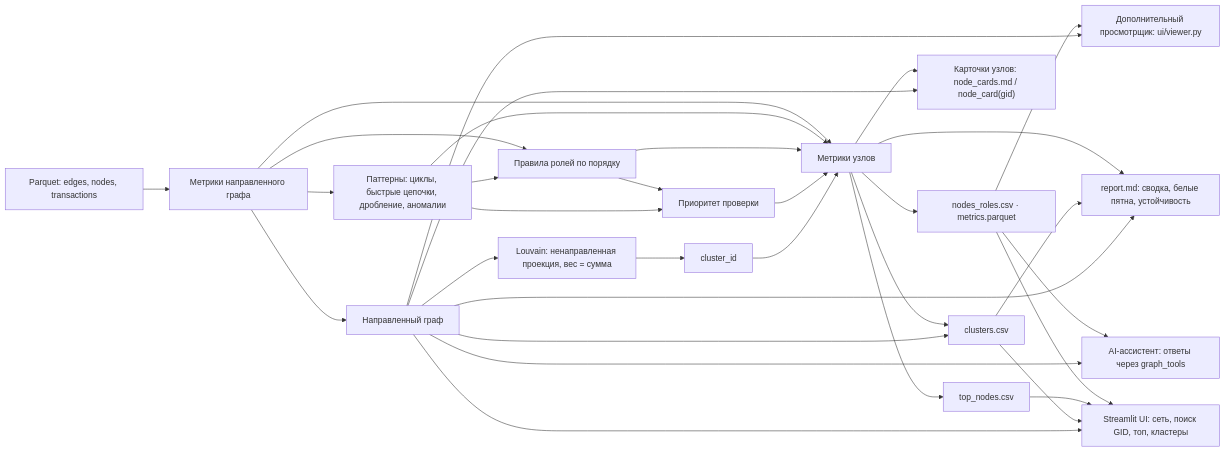
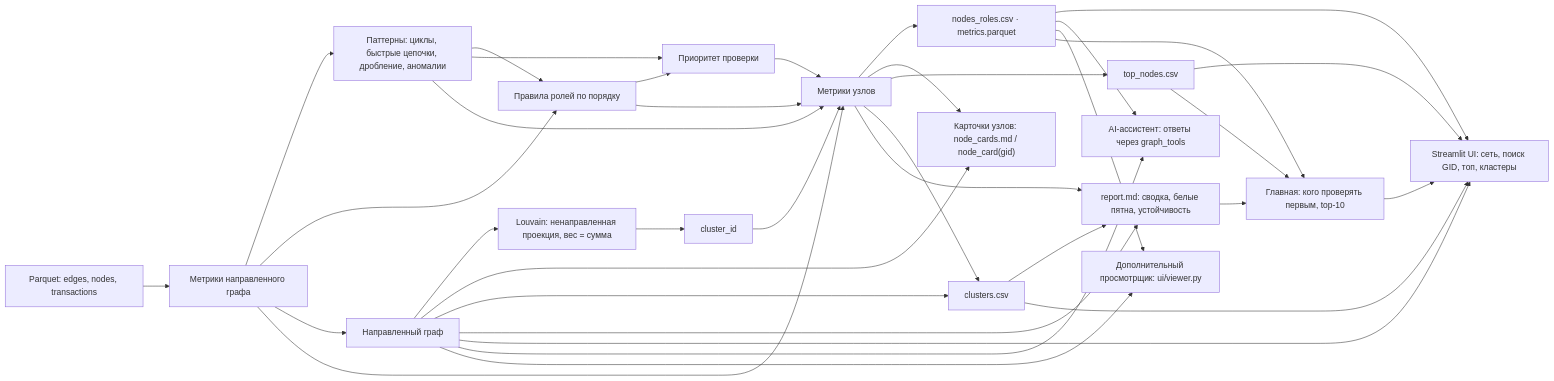
Before and after one commit to BAITC-Hacks/hack-15548459-hackathon-barni: the diagram in docs/architecture.md, drawn with Mermaid. The commit also changed other lines of this file and 3 other files, not shown here.

````diff
--- a/docs/architecture.md
+++ b/docs/architecture.md
@@ -3,34 +3,38 @@
 ```mermaid
 flowchart LR
     I["Parquet: edges, nodes, transactions"] --> M["Метрики направленного графа"]
     M --> P["Паттерны: циклы, быстрые цепочки, дробление, аномалии"]
     M --> R["Правила ролей по порядку"]
     P --> R
     R --> Q["Приоритет проверки"]
     P --> Q
     M --> G["Направленный граф"]
     G --> L["Louvain: ненаправленная проекция, вес = сумма"]
     L --> J["cluster_id"]
     M --> N["Метрики узлов"]
     P --> N
     R --> N
     Q --> N
     J --> N
     N --> O["nodes_roles.csv · metrics.parquet"]
     N --> C["Карточки узлов: node_cards.md / node_card(gid)"]
     G --> C
     N --> T["top_nodes.csv"]
     N --> S["clusters.csv"]
     N --> W["report.md: сводка, белые пятна, устойчивость"]
     S --> W
     G --> S
     G --> W
     O --> U["Streamlit UI: сеть, поиск GID, топ, кластеры"]
     T --> U
     S --> U
     G --> U
     O --> A["AI-ассистент: ответы через graph_tools"]
     G --> A
     O --> V["Дополнительный просмотрщик: ui/viewer.py"]
     G --> V
+    O --> H["Главная: кого проверять первым, top-10"]
+    T --> H
+    W --> H
+    H --> U
 ```
````
